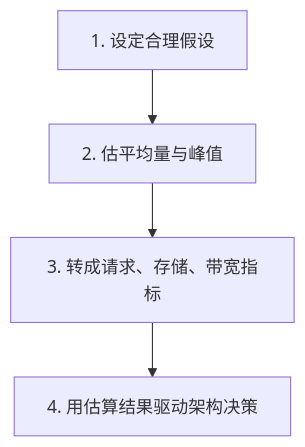
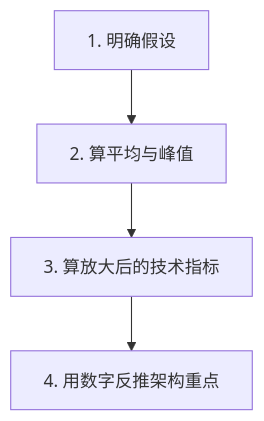
One commit to qxq1997/learning_stuff changed the diagram in 系统设计/02_容量估算与性能指标.md. Above: the diagram before and after it, drawn with Mermaid. The commit also changed other lines of this file and 20 other files, not shown here.

````diff
--- a/系统设计/02_容量估算与性能指标.md
+++ b/系统设计/02_容量估算与性能指标.md
@@ -28,6 +74,6 @@
 ```mermaid
 flowchart TD
-    A["1. 设定合理假设"] --> B["2. 估平均量与峰值"]
-    B --> C["3. 转成请求、存储、带宽指标"]
-    C --> D["4. 用估算结果驱动架构决策"]
+    A["1. 明确假设"] --> B["2. 算平均与峰值"]
+    B --> C["3. 算放大后的技术指标"]
+    C --> D["4. 用数字反推架构重点"]
 ```
````
